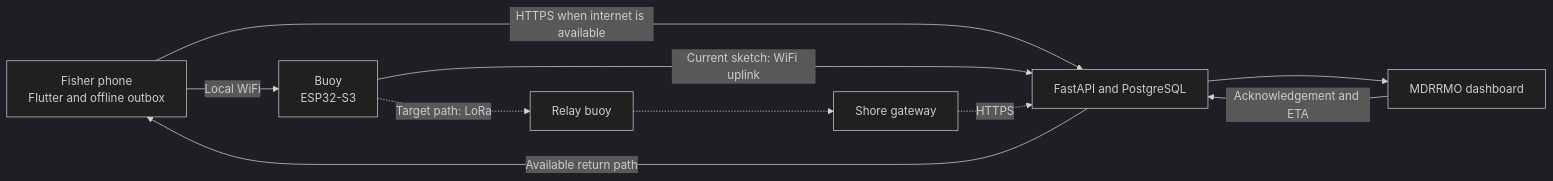
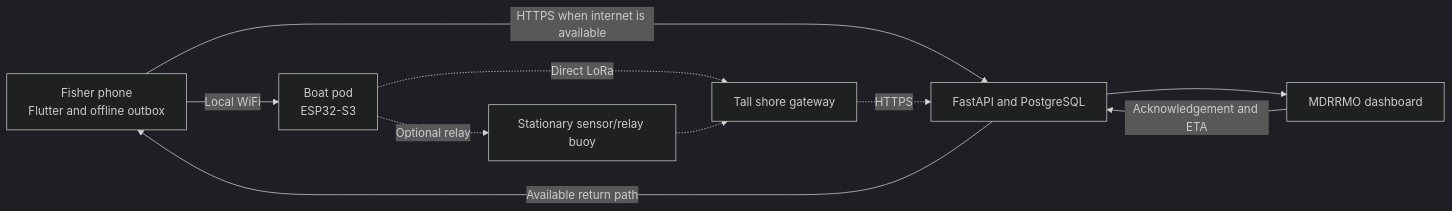
The diagram in README.md (Aquanons/Aquanons_AqOne), drawn with Mermaid (dark theme) before and after one commit. The commit also changed other lines of this file and 24 other files, not shown here.

Commit message:
docs: update architecture for hybrid LoRa transport

````diff
--- a/README.md
+++ b/README.md
@@ -48,12 +50,12 @@
 ```mermaid
 flowchart LR
-    P["Fisher phone<br/>Flutter and offline outbox"] -->|Local WiFi| B["Buoy<br/>ESP32-S3"]
+    P["Fisher phone<br/>Flutter and offline outbox"] -->|Local WiFi| B["Boat pod<br/>ESP32-S3"]
     P -->|HTTPS when internet is available| API["FastAPI and PostgreSQL"]
-    B -->|Current sketch: WiFi uplink| API
-    B -.->|Target path: LoRa| R["Relay buoy"]
-    R -.-> G["Shore gateway"]
+    B -.->|Direct LoRa| G["Tall shore gateway"]
+    B -.->|Optional relay| R["Stationary sensor/relay buoy"]
+    R -.-> G
     G -.->|HTTPS| API
     API --> D["MDRRMO dashboard"]
     D -->|Acknowledgement and ETA| API
     API -->|Available return path| P
 ```
````
